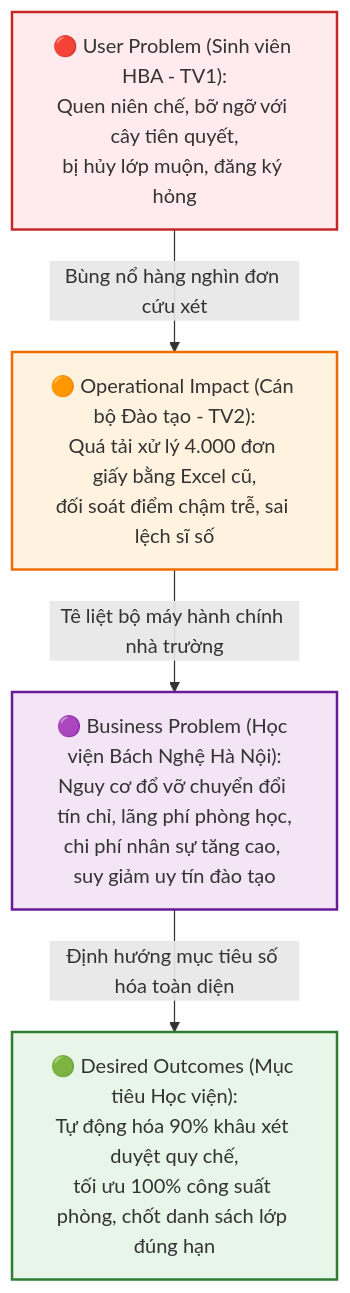
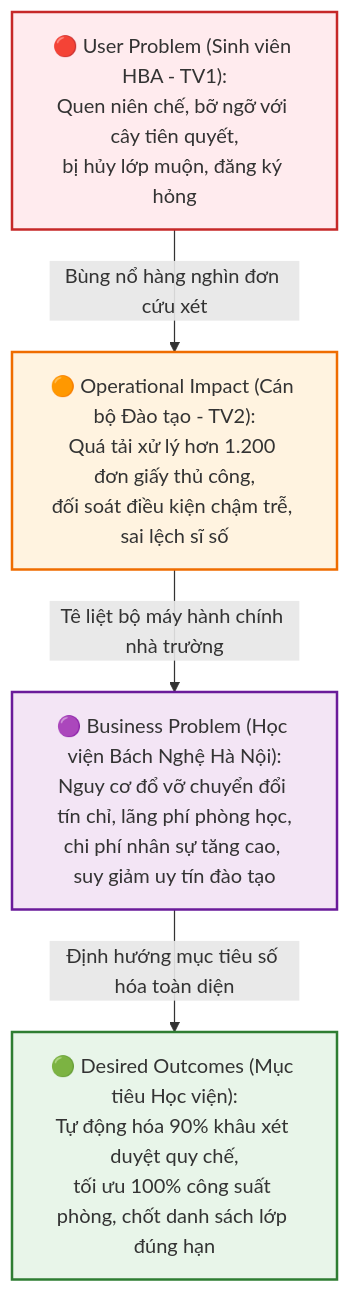
One commit to cacancap/IT3120_QuanLyDaoTao changed the diagram in bai-tap-1/TV2-CanBoDaoTao.md. Above: the diagram before and after it, drawn with Mermaid. The commit also changed other lines of this file, not shown here.

Commit message:
Chỉnh sửa 1 chút User Need của Cán bộ đào tạo

````diff
--- a/bai-tap-1/TV2-CanBoDaoTao.md
+++ b/bai-tap-1/TV2-CanBoDaoTao.md
@@ -54,16 +54,16 @@
 ```mermaid
 flowchart TD
     UP["🔴 User Problem (Sinh viên HBA - TV1):<br/>Quen niên chế, bỡ ngỡ với cây tiên quyết,<br/>bị hủy lớp muộn, đăng ký hỏng"]
-    OI["🟠 Operational Impact (Cán bộ Đào tạo - TV2):<br/>Quá tải xử lý 4.000 đơn giấy bằng Excel cũ,<br/>đối soát điểm chậm trễ, sai lệch sĩ số"]
+    OI["🟠 Operational Impact (Cán bộ Đào tạo - TV2):<br/>Quá tải xử lý hơn 1.200 đơn giấy thủ công,<br/>đối soát điều kiện chậm trễ, sai lệch sĩ số"]
     BP["🟣 Business Problem (Học viện Bách Nghệ Hà Nội):<br/>Nguy cơ đổ vỡ chuyển đổi tín chỉ, lãng phí phòng học,<br/>chi phí nhân sự tăng cao, suy giảm uy tín đào tạo"]
     DO["🟢 Desired Outcomes (Mục tiêu Học viện):<br/>Tự động hóa 90% khâu xét duyệt quy chế,<br/>tối ưu 100% công suất phòng, chốt danh sách lớp đúng hạn"]
 
     UP -->|"Bùng nổ hàng nghìn đơn cứu xét"| OI
     OI -->|"Tê liệt bộ máy hành chính nhà trường"| BP
     BP -->|"Định hướng mục tiêu số hóa toàn diện"| DO
 
     style UP fill:#ffebee,stroke:#c62828,stroke-width:2px
     style OI fill:#fff3e0,stroke:#ef6c00,stroke-width:2px
     style BP fill:#f3e5f5,stroke:#6a1b9a,stroke-width:2px
     style DO fill:#e8f5e9,stroke:#2e7d32,stroke-width:2px
 ```
````
